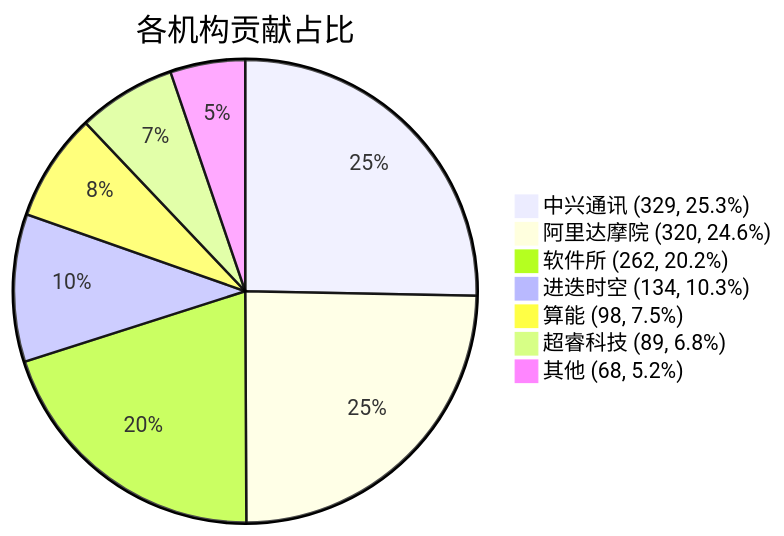
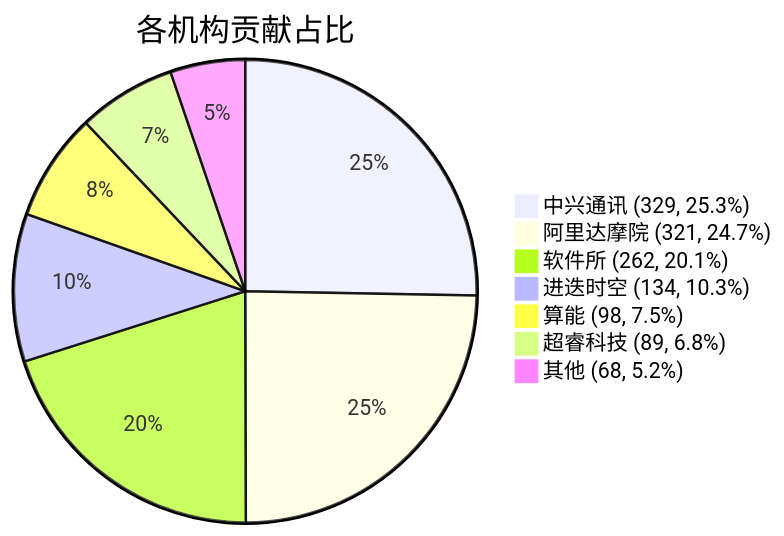
One commit to RVCK-Project/rvck changed the diagram in docs/index.md. Above: the diagram before and after it, drawn with Mermaid. The commit also changed other lines of this file and 20 other files, not shown here.

````diff
--- a/docs/index.md
+++ b/docs/index.md
@@ -39,10 +39,10 @@
 ```mermaid
 pie title 各机构贡献占比
     "中兴通讯 (329, 25.3%)" : 329
-    "阿里达摩院 (320, 24.6%)" : 320
-    "软件所 (262, 20.2%)" : 262
+    "阿里达摩院 (321, 24.7%)" : 321
+    "软件所 (262, 20.1%)" : 262
     "进迭时空 (134, 10.3%)" : 134
     "算能 (98, 7.5%)" : 98
     "超睿科技 (89, 6.8%)" : 89
     "其他 (68, 5.2%)" : 68
 ```
````
